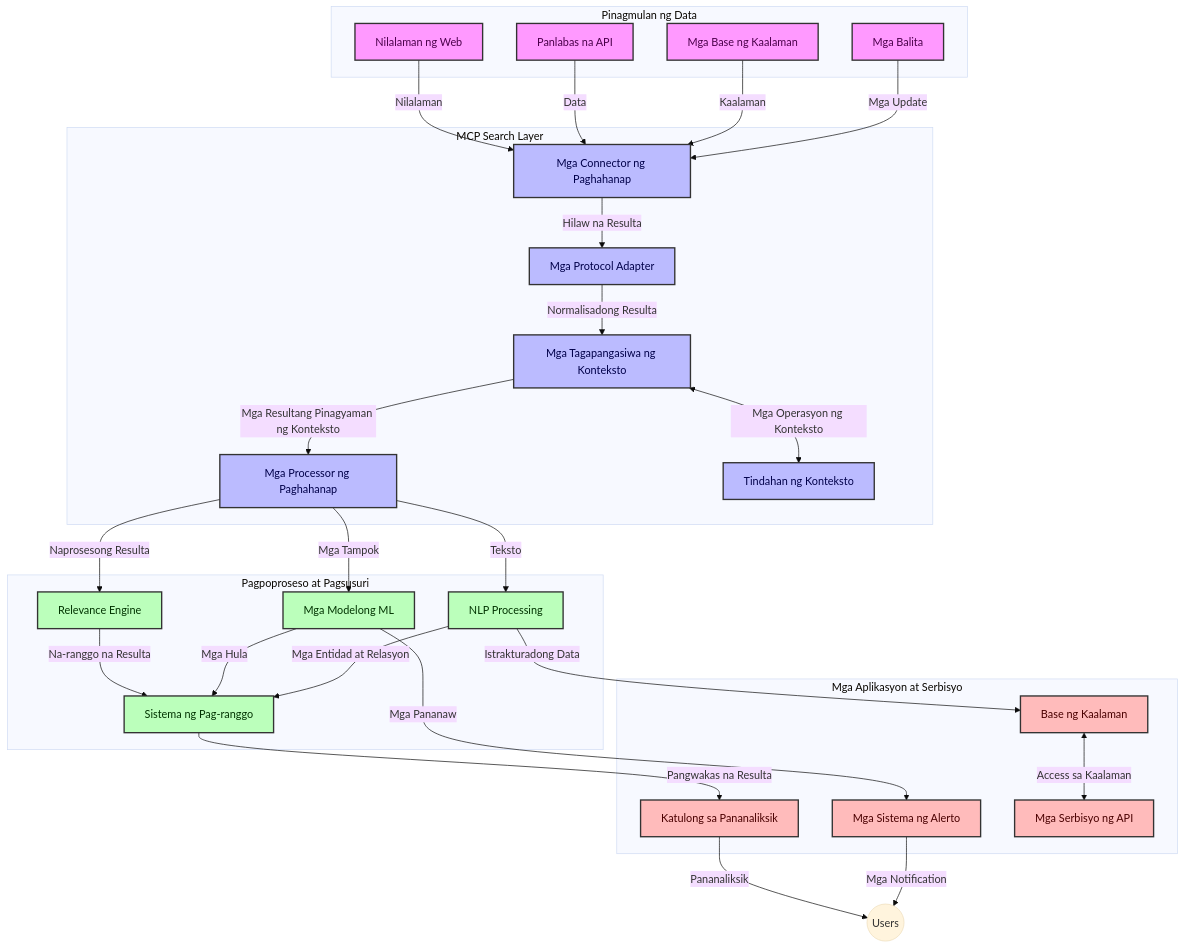
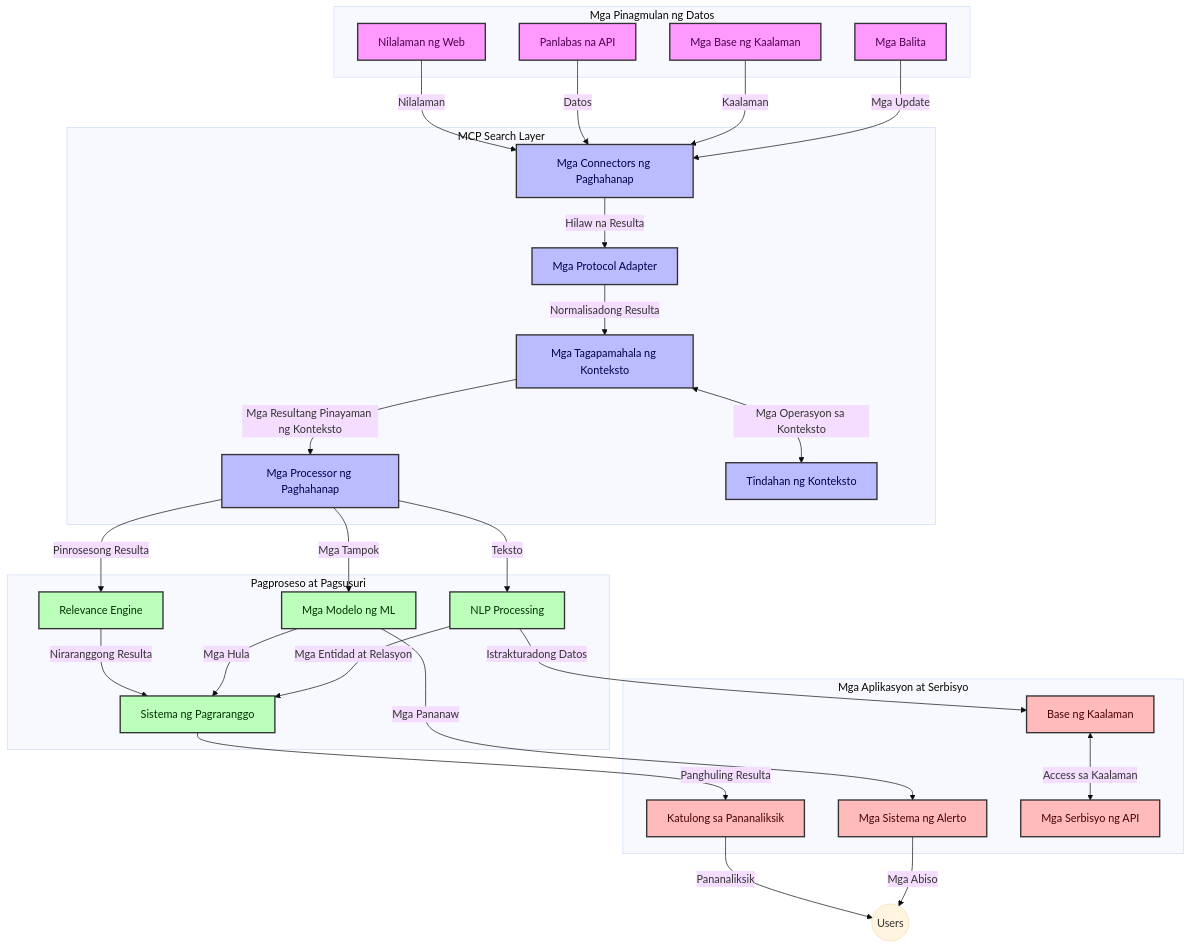
The first of 4 diagrams in translations/tl/05-AdvancedTopics/mcp-realtimesearch/README.md (microsoft/mcp-for-beginners), drawn with Mermaid (base theme) before and after one commit. The commit also changed other lines of this file and 152 other files, not shown here.

````diff
--- a/translations/tl/05-AdvancedTopics/mcp-realtimesearch/README.md
+++ b/translations/tl/05-AdvancedTopics/mcp-realtimesearch/README.md
@@ -109,66 +109,66 @@
 ```mermaid
 graph TD
-    subgraph "Pinagmulan ng Data"
+    subgraph "Mga Pinagmulan ng Datos"
         Web[Nilalaman ng Web]
         APIs[Panlabas na API]
         DB[Mga Base ng Kaalaman]
         News[Mga Balita]
     end
 
     subgraph "MCP Search Layer"
-        SC[Mga Connector ng Paghahanap]
+        SC[Mga Connectors ng Paghahanap]
         PA[Mga Protocol Adapter]
-        CH[Mga Tagapangasiwa ng Konteksto]
+        CH[Mga Tagapamahala ng Konteksto]
         SP[Mga Processor ng Paghahanap]
         CS[Tindahan ng Konteksto]
     end
 
-    subgraph "Pagpoproseso at Pagsusuri"
+    subgraph "Pagproseso at Pagsusuri"
         RE[Relevance Engine]
-        ML[Mga Modelong ML]
+        ML[Mga Modelo ng ML]
         NLP[NLP Processing]
-        Rank[Sistema ng Pag-ranggo]
+        Rank[Sistema ng Pagraranggo]
     end
 
     subgraph "Mga Aplikasyon at Serbisyo"
         RA[Katulong sa Pananaliksik]
         Alerts[Mga Sistema ng Alerto]
         KB[Base ng Kaalaman]
         API[Mga Serbisyo ng API]
     end
 
     Web -->|Nilalaman| SC
-    APIs -->|Data| SC
+    APIs -->|Datos| SC
     DB -->|Kaalaman| SC
     News -->|Mga Update| SC
     
     SC -->|Hilaw na Resulta| PA
     PA -->|Normalisadong Resulta| CH
-    CH <-->|Mga Operasyon ng Konteksto| CS
-    CH -->|Mga Resultang Pinagyaman ng Konteksto| SP
-    SP -->|Naprosesong Resulta| RE
+    CH <-->|Mga Operasyon sa Konteksto| CS
+    CH -->|Mga Resultang Pinayaman ng Konteksto| SP
+    SP -->|Pinrosesong Resulta| RE
     SP -->|Mga Tampok| ML
     SP -->|Teksto| NLP
     
-    RE -->|Na-ranggo na Resulta| Rank
+    RE -->|Niraranggong Resulta| Rank
     ML -->|Mga Hula| Rank
     NLP -->|Mga Entidad at Relasyon| Rank
     
-    Rank -->|Pangwakas na Resulta| RA
+    Rank -->|Panghuling Resulta| RA
     ML -->|Mga Pananaw| Alerts
-    NLP -->|Istrakturadong Data| KB
+    NLP -->|Istrakturadong Datos| KB
     
     RA -->|Pananaliksik| Users((Users))
-    Alerts -->|Mga Notification| Users
+    Alerts -->|Mga Abiso| Users
     KB <-->|Access sa Kaalaman| API
 
     classDef sources fill:#f9f,stroke:#333,stroke-width:2px,color:#4a004a
     classDef mcp fill:#bbf,stroke:#333,stroke-width:2px,color:#00004a
     classDef processing fill:#bfb,stroke:#333,stroke-width:2px,color:#003300
     classDef apps fill:#fbb,stroke:#333,stroke-width:2px,color:#4a0000
     
     class Web,APIs,DB,News sources
     class SC,PA,CH,SP,CS mcp
     class RE,ML,NLP,Rank processing
     class RA,Alerts,KB,API apps
 ```
````
